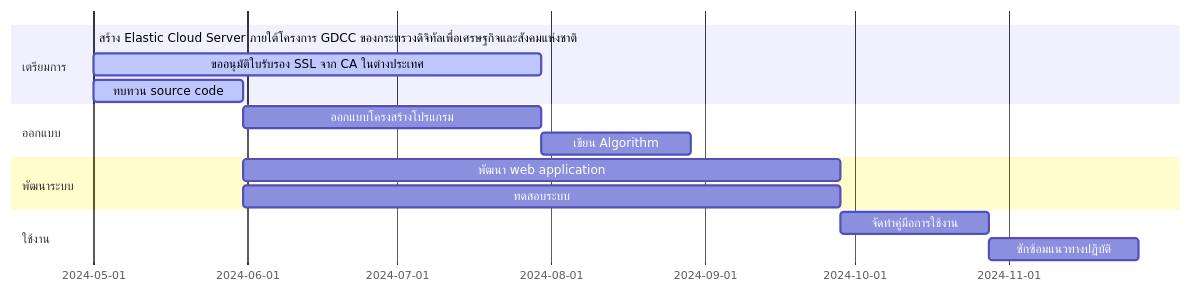
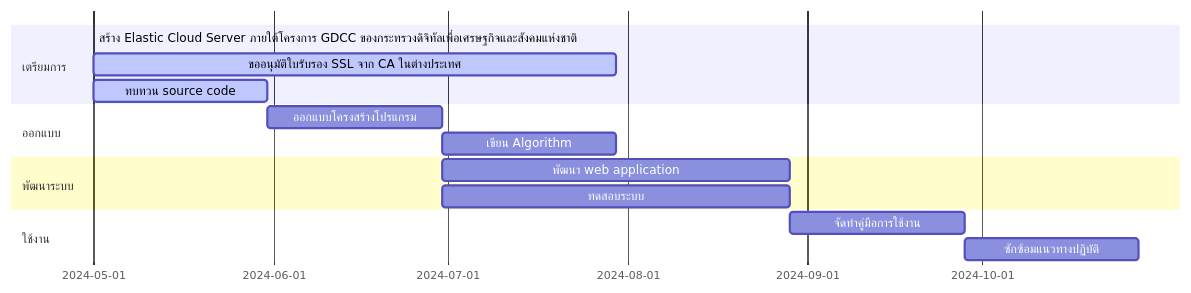
One commit to Kietpawpan/e-tracking changed the first of 2 diagrams in README.md. Above: the diagram before and after it, drawn with Mermaid.

````diff
--- a/README.md
+++ b/README.md
@@ -10,18 +10,18 @@
 ```mermaid
 gantt
     section เตรียมการ
     สร้าง Elastic Cloud Server ภายใต้โครงการ GDCC ของกระทรวงดิจิทัลเพื่อเศรษฐกิจและสังคมแห่งชาติ :done,    des1, 2024-05-01,2024-05-30
     ขออนุมัติใบรับรอง SSL จาก CA ในต่างประเทศ        :active, des2, after des1, 90d
     ทบทวน source code  :   active, des3, after des1, 30d
     section ออกแบบ
-    ออกแบบโครงสร้างโปรแกรม  :         des4, after des3, 60d
+    ออกแบบโครงสร้างโปรแกรม  :         des4, after des3, 30d
     เขียน Algorithm:   des4a, after des4, 30d
     section พัฒนาระบบ
-    พัฒนา web application  :         des7, after des3, 120d
-    ทดสอบระบบ:des7a, after des3, 120d
+    พัฒนา web application  :         des7, after des4, 60d
+    ทดสอบระบบ:des7a, after des4, 60d
    section ใช้งาน
     จัดทำคู่มือการใช้งาน   :         des8, after des7, 30d
     ซักซ้อมแนวทางปฏิบัติ   :         des9, after des8, 30d
 
 
 ```
````
